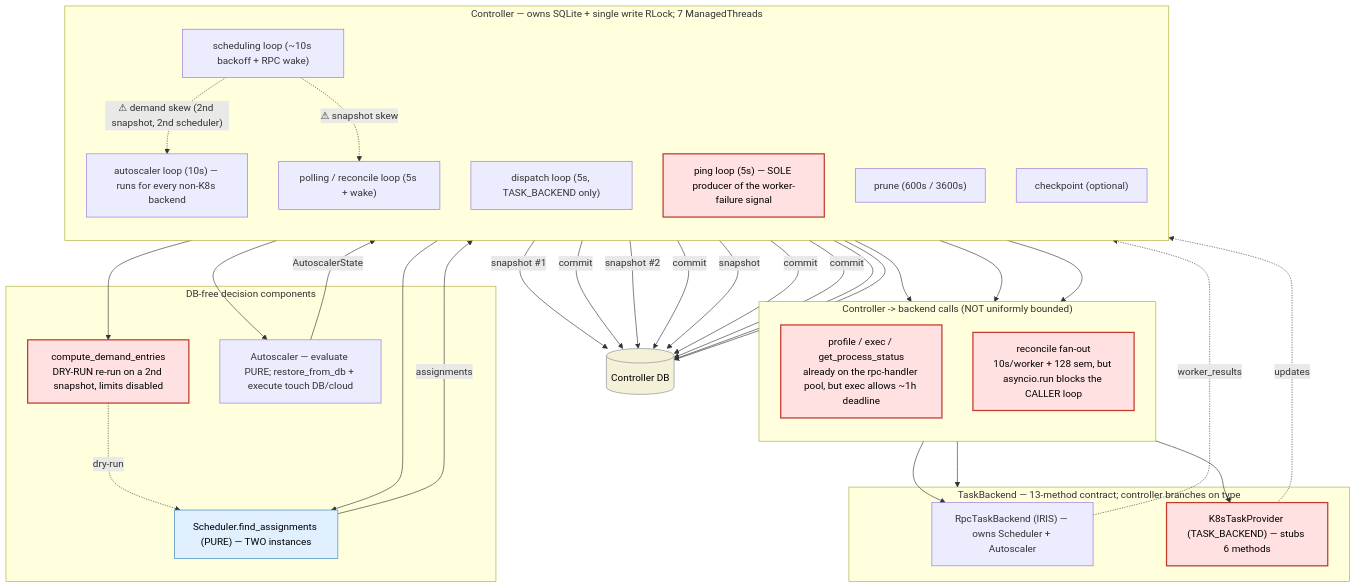
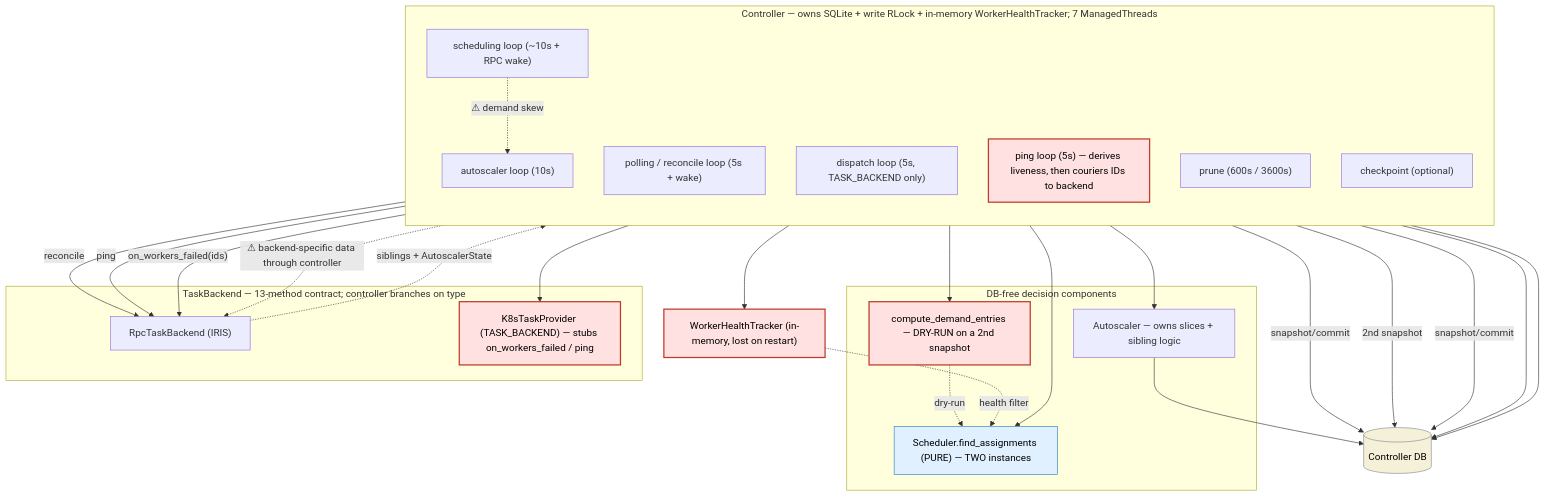
Before and after one commit to marin-community/marin: the first of 2 diagrams in docs/plans/tighten-iris-control-boundaries-multi-backend-readiness.md, drawn with Mermaid. The commit also changed other lines of this file, not shown here.

````diff
--- a/docs/plans/tighten-iris-control-boundaries-multi-backend-readiness.md
+++ b/docs/plans/tighten-iris-control-boundaries-multi-backend-readiness.md
@@ -75,61 +74,50 @@
 ```mermaid
 flowchart TB
     classDef problem fill:#ffe1e1,stroke:#c0392b,stroke-width:2px,color:#000;
     classDef pure fill:#e1f0ff,stroke:#2980b9,color:#000;
     classDef store fill:#f5f0d8,stroke:#7f8c8d,color:#000;
 
-    subgraph DISP["Controller -> backend calls (NOT uniformly bounded)"]
+    subgraph CTRL["Controller — owns SQLite + write RLock + in-memory WorkerHealthTracker; 7 ManagedThreads"]
         direction TB
-        R3["profile / exec / get_process_status<br/>already on the rpc-handler pool, but exec allows ~1h deadline"]:::problem
-        R4["reconcile fan-out<br/>10s/worker + 128 sem, but asyncio.run blocks the CALLER loop"]:::problem
-    end
-
-    subgraph CTRL["Controller — owns SQLite + single write RLock; 7 ManagedThreads"]
-        direction TB
-        L1["scheduling loop (~10s backoff + RPC wake)"]
+        L1["scheduling loop (~10s + RPC wake)"]
         L2["polling / reconcile loop (5s + wake)"]
         L3["dispatch loop (5s, TASK_BACKEND only)"]
-        L4["ping loop (5s) — SOLE producer of the worker-failure signal"]:::problem
-        L5["autoscaler loop (10s) — runs for every non-K8s backend"]
+        L4["ping loop (5s) — derives liveness, then couriers IDs to backend"]:::problem
+        L5["autoscaler loop (10s)"]
         L6["prune (600s / 3600s)"]
         L7["checkpoint (optional)"]
     end
 
     DB[("Controller DB")]:::store
+    HT["WorkerHealthTracker (in-memory, lost on restart)"]:::problem
 
     subgraph PURE["DB-free decision components"]
         SCH["Scheduler.find_assignments (PURE) — TWO instances"]:::pure
-        DEM["compute_demand_entries<br/>DRY-RUN re-run on a 2nd snapshot, limits disabled"]:::problem
-        ASP["Autoscaler — evaluate PURE; restore_from_db + execute touch DB/cloud"]
+        DEM["compute_demand_entries — DRY-RUN on a 2nd snapshot"]:::problem
+        ASP["Autoscaler — owns slices + sibling logic"]
     end
 
     subgraph BK["TaskBackend — 13-method contract; controller branches on type"]
-        RPCB["RpcTaskBackend (IRIS) — owns Scheduler + Autoscaler"]
-        K8S["K8sTaskProvider (TASK_BACKEND) — stubs 6 methods"]:::problem
+        RPCB["RpcTaskBackend (IRIS)"]
+        K8S["K8sTaskProvider (TASK_BACKEND) — stubs on_workers_failed / ping"]:::problem
     end
 
-    L1 -->|"snapshot #1"| DB
     L1 --> SCH
-    SCH -->|"assignments"| L1
-    L1 -->|"commit"| DB
-    L5 -->|"snapshot #2"| DB
-    L5 --> DEM
-    DEM -.->|"dry-run"| SCH
-    L5 --> ASP
-    ASP -->|"AutoscalerState"| L5
-    L5 -->|"commit"| DB
-    L2 -->|"snapshot"| DB
-    L2 --> R4 --> RPCB
-    RPCB -.->|"worker_results"| L2
-    L3 --> R4 --> K8S
-    K8S -.->|"updates"| L3
-    L2 -->|"commit"| DB
-    L3 -->|"commit"| DB
-    L4 --> R4
+    L1 -->|"snapshot/commit"| DB
+    L5 -->|"2nd snapshot"| DB
+    L5 --> DEM -.->|"dry-run"| SCH
+    L5 --> ASP --> DB
+    L2 -->|"snapshot/commit"| DB
+    L2 -->|"reconcile"| RPCB
+    L3 --> K8S
+    L4 -->|"ping"| RPCB
+    L4 --> HT
+    L4 -->|"on_workers_failed(ids)"| RPCB
+    RPCB -.->|"siblings + AutoscalerState"| L4
+    HT -.->|"health filter"| SCH
     L6 --> DB
     L7 --> DB
-    R3 --> BK
 
-    L1 -.->|"⚠ demand skew (2nd snapshot, 2nd scheduler)"| L5
-    L1 -.->|"⚠ snapshot skew"| L2
+    L1 -.->|"⚠ demand skew"| L5
+    L4 -.->|"⚠ backend-specific data through controller"| RPCB
 ```
````
